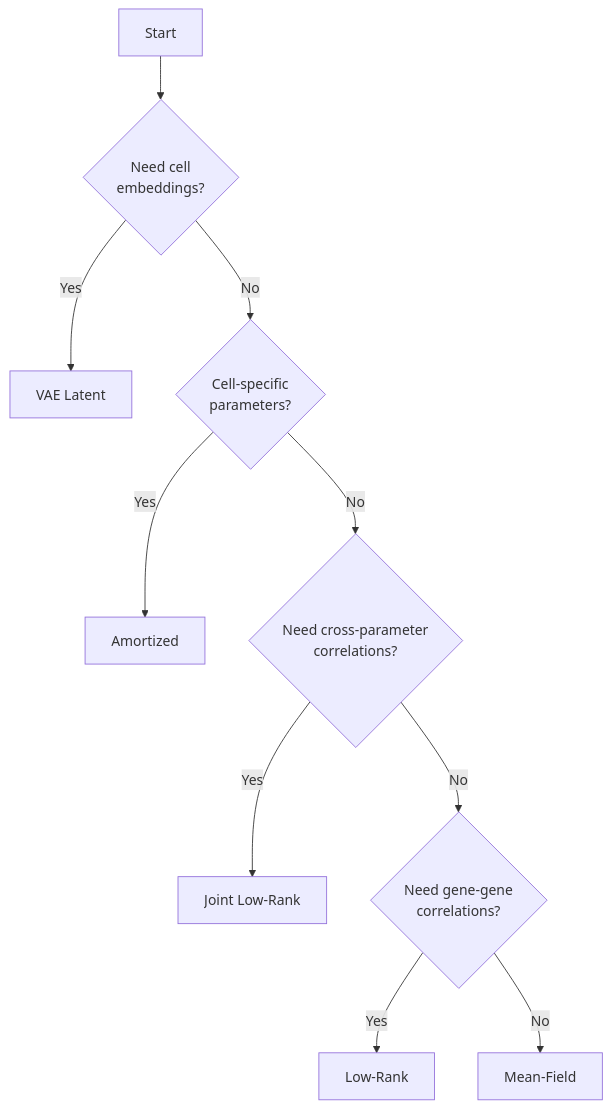
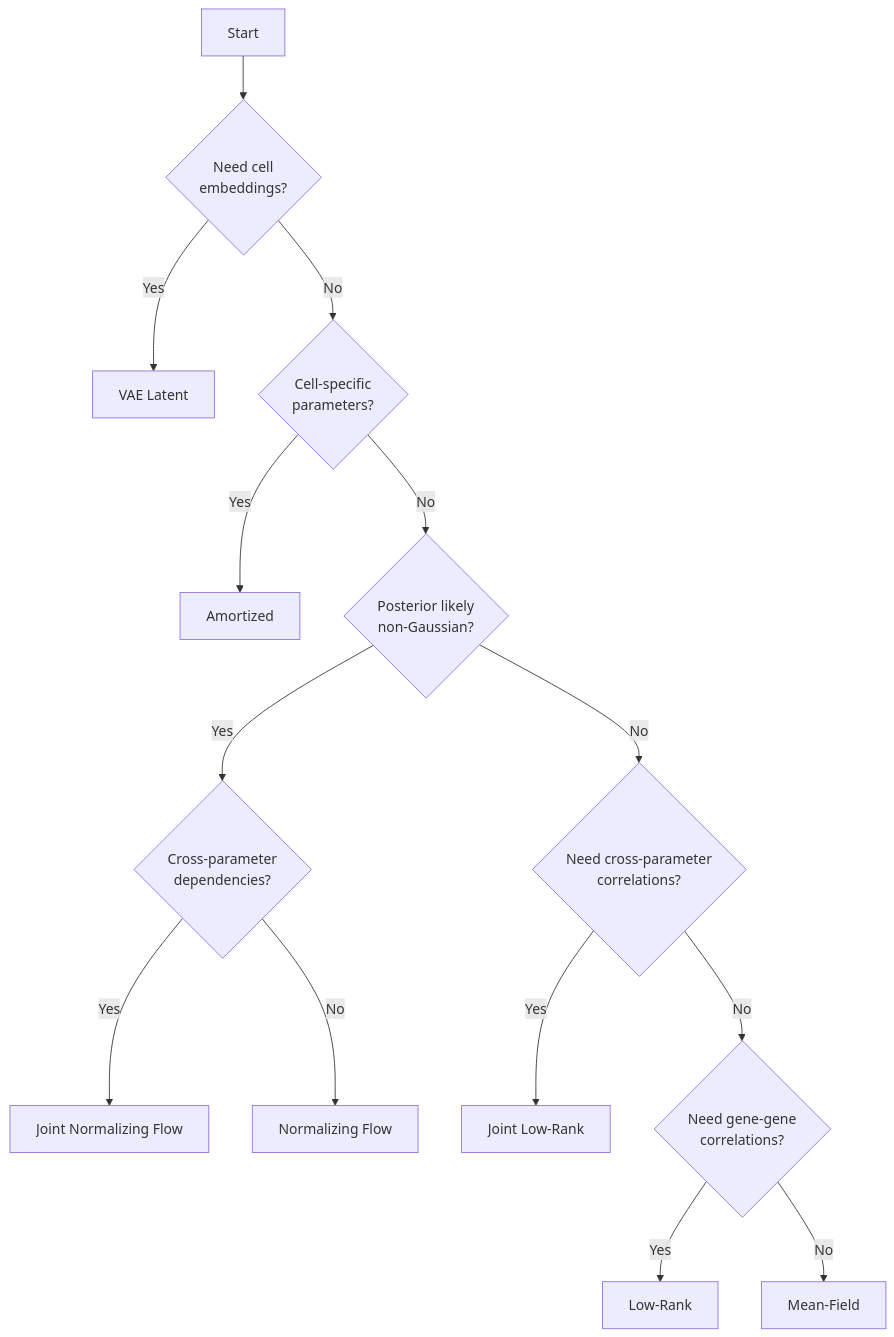
Before and after one commit to mrazomej/scribe: the diagram in docs/guide/guide-families.md, drawn with Mermaid. The commit also changed other lines of this file and 2 other files, not shown here.

First line of the commit message:
Enhance documentation for variational guide families and add normalizing flow support

````diff
--- a/docs/guide/guide-families.md
+++ b/docs/guide/guide-families.md
@@ -266,12 +426,16 @@
 ```mermaid
 graph TD
     Start["Start"] --> Q1{"Need cell<br/>embeddings?"}
     Q1 -->|Yes| VAE["VAE Latent"]
     Q1 -->|No| Q2{"Cell-specific<br/>parameters?"}
     Q2 -->|Yes| Amort["Amortized"]
-    Q2 -->|No| Q3{"Need cross-parameter<br/>correlations?"}
-    Q3 -->|Yes| Joint["Joint Low-Rank"]
-    Q3 -->|No| Q4{"Need gene-gene<br/>correlations?"}
-    Q4 -->|Yes| LR["Low-Rank"]
-    Q4 -->|No| MF["Mean-Field"]
+    Q2 -->|No| Q3{"Posterior likely<br/>non-Gaussian?"}
+    Q3 -->|Yes| Q3b{"Cross-parameter<br/>dependencies?"}
+    Q3b -->|Yes| JointFlow["Joint Normalizing Flow"]
+    Q3b -->|No| Flow["Normalizing Flow"]
+    Q3 -->|No| Q4{"Need cross-parameter<br/>correlations?"}
+    Q4 -->|Yes| Joint["Joint Low-Rank"]
+    Q4 -->|No| Q5{"Need gene-gene<br/>correlations?"}
+    Q5 -->|Yes| LR["Low-Rank"]
+    Q5 -->|No| MF["Mean-Field"]
 ```
````
